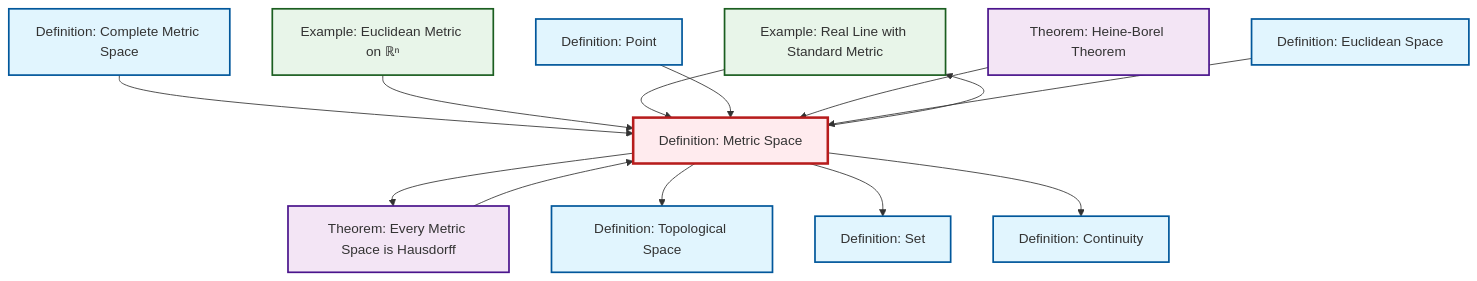
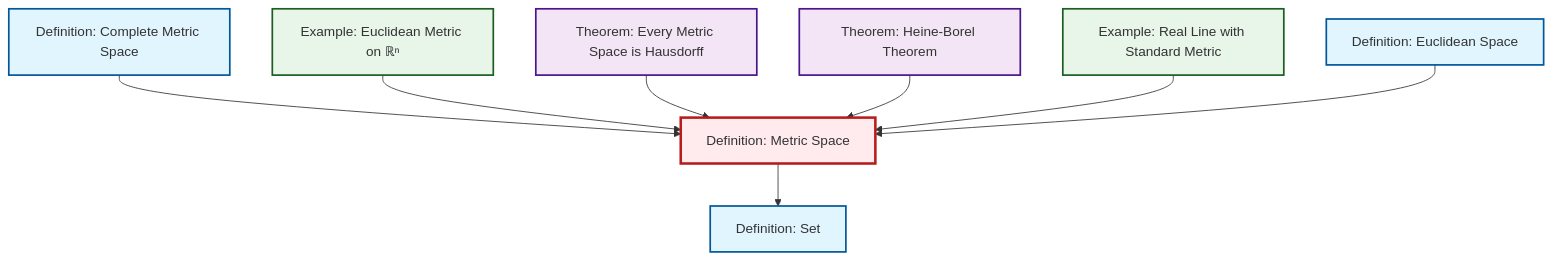
Before and after one commit to RK0429/ModernMath: the diagram in content/en/analysis/def-metric-space.qmd, drawn with Mermaid. The commit also changed 511 other files, not shown here.

````diff
--- a/content/en/analysis/def-metric-space.qmd
+++ b/content/en/analysis/def-metric-space.qmd
@@ -50,44 +50,25 @@
 ```{mermaid}
 %%| fig-cap: "Local dependency graph"
 graph TD
     classDef definition fill:#e1f5fe,stroke:#01579b,stroke-width:2px
     classDef theorem fill:#f3e5f5,stroke:#4a148c,stroke-width:2px
     classDef axiom fill:#fff3e0,stroke:#e65100,stroke-width:2px
     classDef example fill:#e8f5e9,stroke:#1b5e20,stroke-width:2px
     classDef current fill:#ffebee,stroke:#b71c1c,stroke-width:3px
-    def-continuity["Definition: Continuity"]:::definition
-    def-topological-space["Definition: Topological Space"]:::definition
+    thm-metric-hausdorff["Theorem: Every Metric Space is Hausdorff"]:::theorem
+    ex-euclidean-metric["Example: Euclidean Metric on ℝⁿ"]:::example
+    def-metric-space["Definition: Metric Space"]:::definition
+    def-euclidean-space["Definition: Euclidean Space"]:::definition
+    def-complete-metric-space["Definition: Complete Metric Space"]:::definition
+    ex-real-line-metric["Example: Real Line with Standard Metric"]:::example
     def-set["Definition: Set"]:::definition
-    ex-real-line-metric["Example: Real Line with Standard Metric"]:::example
-    thm-metric-hausdorff["Theorem: Every Metric Space is Hausdorff"]:::theorem
-    def-complete-metric-space["Definition: Complete Metric Space"]:::definition
-    def-metric-space["Definition: Metric Space"]:::definition
-    ex-euclidean-metric["Example: Euclidean Metric on ℝⁿ"]:::example
-    def-euclidean-space["Definition: Euclidean Space"]:::definition
-    def-point["Definition: Point"]:::definition
     thm-heine-borel["Theorem: Heine-Borel Theorem"]:::theorem
     def-complete-metric-space --> def-metric-space
-    def-metric-space --> ex-real-line-metric
     ex-euclidean-metric --> def-metric-space
+    thm-metric-hausdorff --> def-metric-space
+    def-metric-space --> def-set
+    thm-heine-borel --> def-metric-space
     ex-real-line-metric --> def-metric-space
-    def-point --> def-metric-space
-    def-metric-space --> thm-metric-hausdorff
-    thm-heine-borel --> def-metric-space
-    thm-metric-hausdorff --> def-metric-space
-    def-metric-space --> def-topological-space
-    def-metric-space --> def-set
-    def-metric-space --> def-continuity
     def-euclidean-space --> def-metric-space
     class def-metric-space current
-
-    click def-continuity "def-continuity.html" "Go to Continuity definition"
-    click def-topological-space "def-topological-space.html" "Go to Topological Space definition"
-    click def-set "def-set.html" "Go to Set definition"
-    click ex-real-line-metric "ex-real-line-metric.html" "Go to Real Line with Standard Metric example"
-    click thm-metric-hausdorff "thm-metric-hausdorff.html" "Go to Every Metric Space is Hausdorff theorem"
-    click def-complete-metric-space "def-complete-metric-space.html" "Go to Complete Metric Space definition"
-    click ex-euclidean-metric "ex-euclidean-metric.html" "Go to Euclidean Metric on ℝⁿ example"
-    click def-euclidean-space "def-euclidean-space.html" "Go to Euclidean Space definition"
-    click def-point "def-point.html" "Go to Point definition"
-    click thm-heine-borel "thm-heine-borel.html" "Go to Heine-Borel Theorem theorem"
 ```
````
